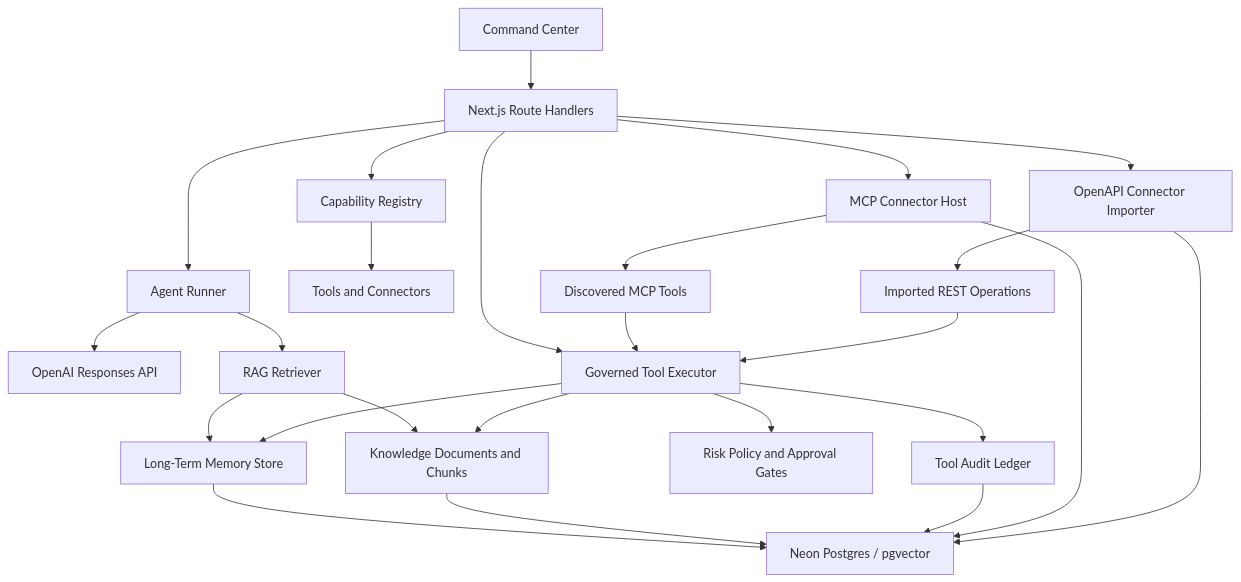
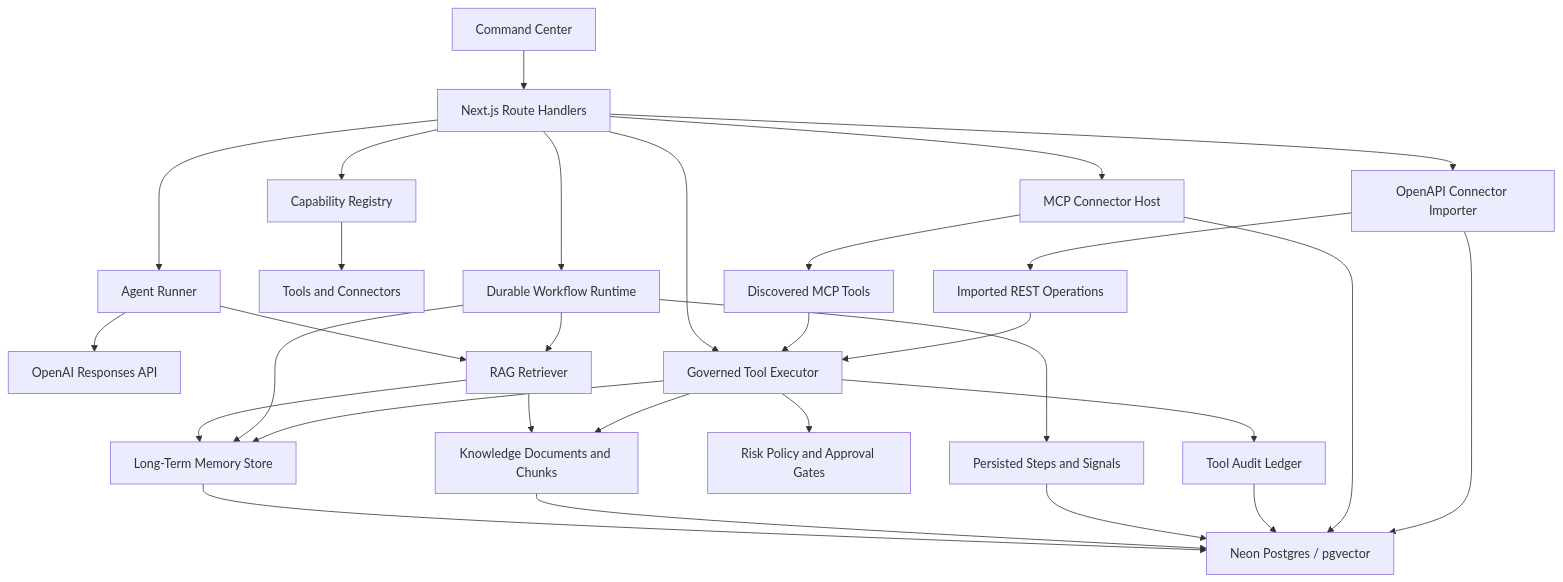
The diagram in docs/IMPLEMENTATION_PLAN.md (benniejoseph/OmniAgentOS), drawn with Mermaid before and after one commit. The commit also changed other lines of this file and 13 other files, not shown here.

Commit message:
Add durable workflow runtime

````diff
--- a/docs/IMPLEMENTATION_PLAN.md
+++ b/docs/IMPLEMENTATION_PLAN.md
@@ -29,27 +30,32 @@
 ```mermaid
 flowchart TD
   UI["Command Center"] --> API["Next.js Route Handlers"]
   API --> RUNNER["Agent Runner"]
   RUNNER --> OAI["OpenAI Responses API"]
   RUNNER --> RAG["RAG Retriever"]
   RAG --> MEM["Long-Term Memory Store"]
   RAG --> DOCS["Knowledge Documents and Chunks"]
   MEM --> DB["Neon Postgres / pgvector"]
   DOCS --> DB
   API --> REG["Capability Registry"]
   REG --> TOOLS["Tools and Connectors"]
   API --> GOV["Governed Tool Executor"]
   GOV --> POLICY["Risk Policy and Approval Gates"]
   GOV --> AUDIT["Tool Audit Ledger"]
+  API --> WF["Durable Workflow Runtime"]
+  WF --> WSTEPS["Persisted Steps and Signals"]
+  WSTEPS --> DB
+  WF --> RAG
+  WF --> MEM
   API --> MCP["MCP Connector Host"]
   MCP --> MTOOLS["Discovered MCP Tools"]
   MTOOLS --> GOV
   API --> OPENAPI["OpenAPI Connector Importer"]
   OPENAPI --> RTOOLS["Imported REST Operations"]
   RTOOLS --> GOV
   GOV --> MEM
   GOV --> DOCS
   AUDIT --> DB
   MCP --> DB
   OPENAPI --> DB
 ```
````
